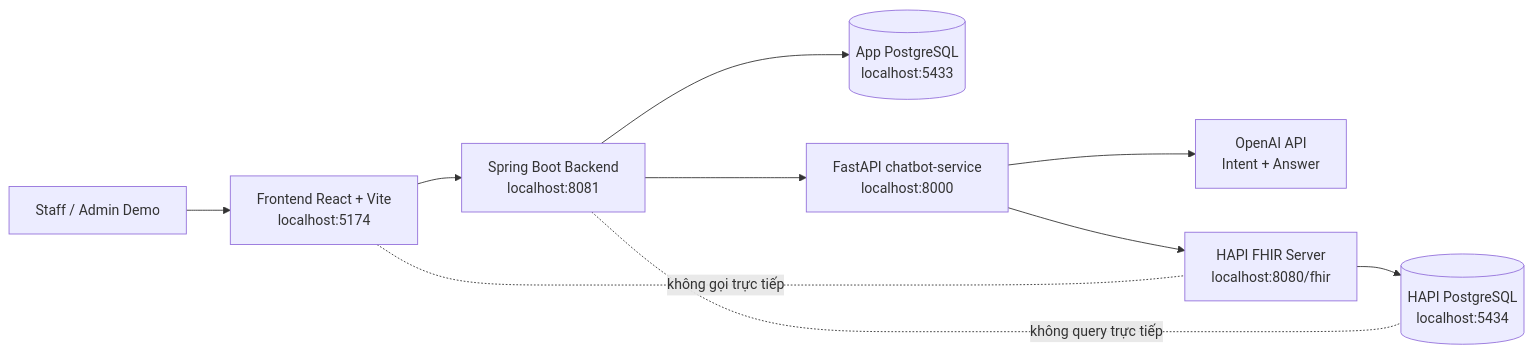
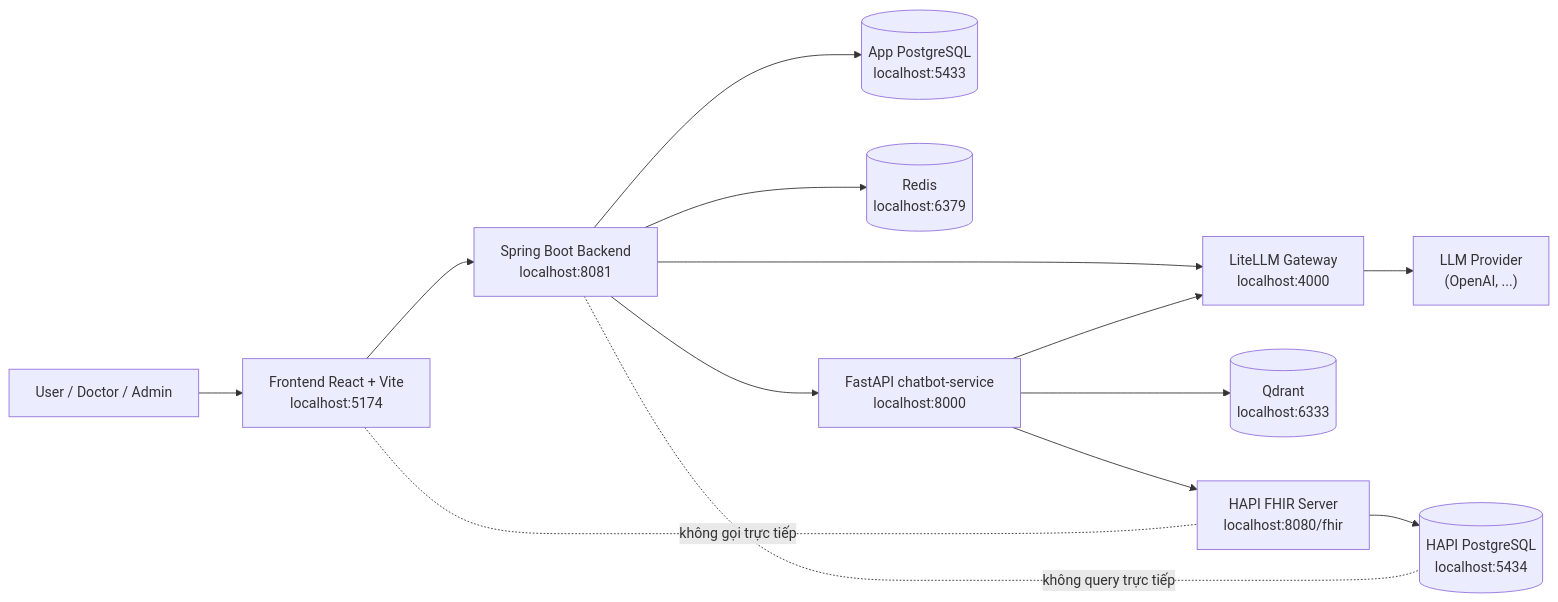
The first of 2 diagrams in README.md (Hnd8604/medical-chatbot-system), drawn with Mermaid before and after one commit. The commit also changed other lines of this file and 2 other files, not shown here.

````diff
--- a/README.md
+++ b/README.md
@@ -48,13 +29,17 @@
 ```mermaid
 flowchart LR
-    Staff["Staff / Admin Demo"] --> FE["Frontend React + Vite<br/>localhost:5174"]
+    U["User / Doctor / Admin"] --> FE["Frontend React + Vite<br/>localhost:5174"]
     FE --> Spring["Spring Boot Backend<br/>localhost:8081"]
     Spring --> AppDB[("App PostgreSQL<br/>localhost:5433")]
-    Spring --> Chatbot["FastAPI chatbot-service<br/>localhost:8000"]
-    Chatbot --> LLM["OpenAI API<br/>Intent + Answer"]
-    Chatbot --> HAPI["HAPI FHIR Server<br/>localhost:8080/fhir"]
+    Spring --> Redis[("Redis<br/>localhost:6379")]
+    Spring --> Bot["FastAPI chatbot-service<br/>localhost:8000"]
+    Spring --> GW["LiteLLM Gateway<br/>localhost:4000"]
+    Bot --> GW
+    GW --> LLM["LLM Provider<br/>(OpenAI, ...)"]
+    Bot --> Qdrant[("Qdrant<br/>localhost:6333")]
+    Bot --> HAPI["HAPI FHIR Server<br/>localhost:8080/fhir"]
     HAPI --> HapiDB[("HAPI PostgreSQL<br/>localhost:5434")]
 
     Spring -. "không query trực tiếp" .- HapiDB
     FE -. "không gọi trực tiếp" .- HAPI
 ```
````
